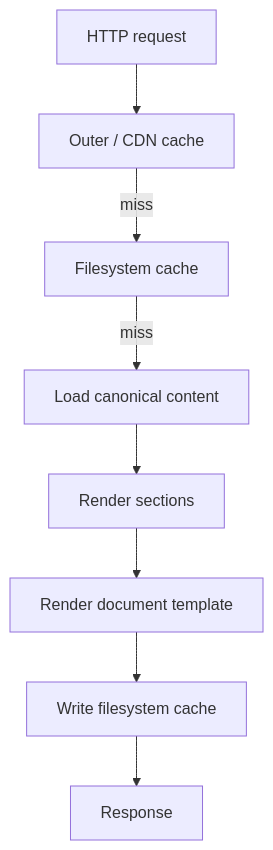
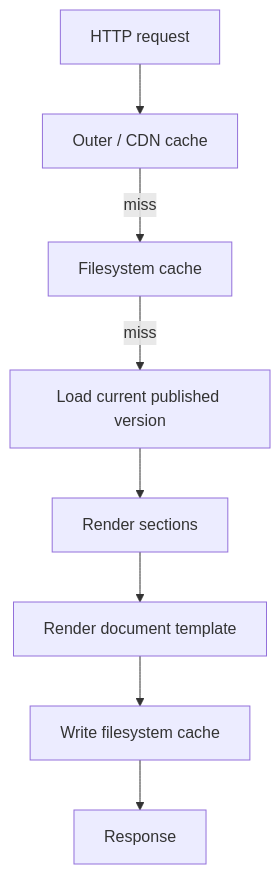
Before and after one commit to Natoandro/verso: the first of 6 diagrams in docs/design/rendering.md, drawn with Mermaid. The commit also changed other lines of this file and 7 other files, not shown here.

````diff
--- a/docs/design/rendering.md
+++ b/docs/design/rendering.md
@@ -15,10 +15,10 @@
 ```mermaid
 flowchart TB
     request["HTTP request"] --> cdn["Outer / CDN cache"]
     cdn -->|miss| cache["Filesystem cache"]
-    cache -->|miss| load["Load canonical content"]
+    cache -->|miss| load["Load current published version"]
     load --> render["Render sections"]
     render --> template["Render document template"]
     template --> write["Write filesystem cache"]
     write --> response["Response"]
 ```
````
